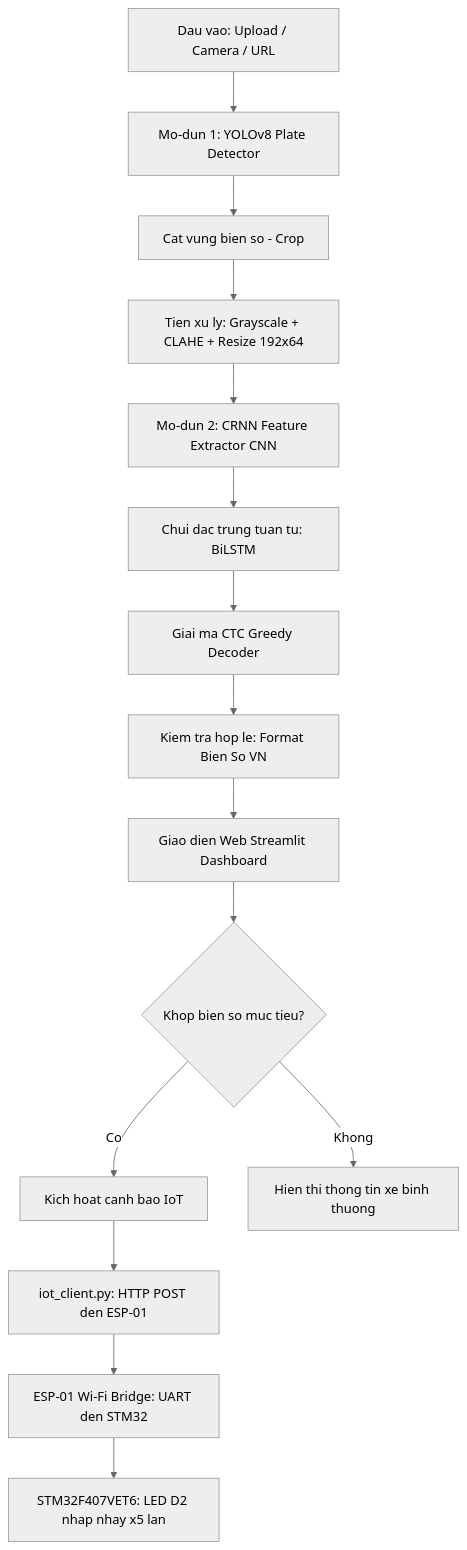
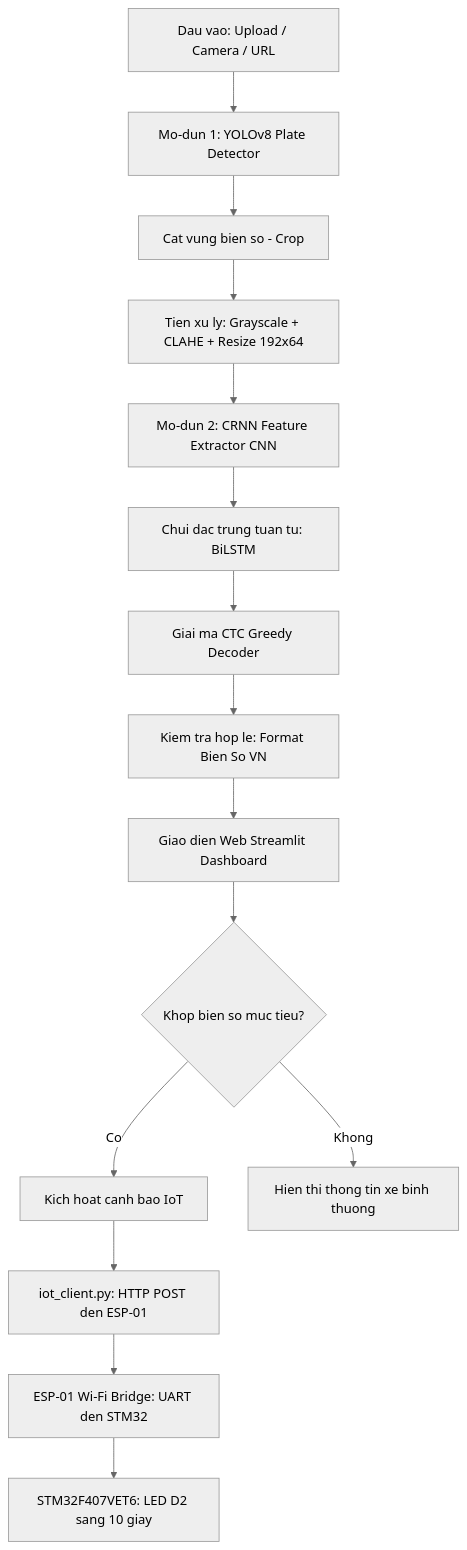
One commit to thang0989052585-del/DA_KY_523100182_He_Thong_Nhan_dien_bien_so_xe changed the first of 4 diagrams in README.md. Above: the diagram before and after it, drawn with Mermaid (neutral theme).

````diff
--- a/README.md
+++ b/README.md
@@ -25,17 +25,17 @@
 ```mermaid
 graph TD
     A["Dau vao: Upload / Camera / URL"] --> B["Mo-dun 1: YOLOv8 Plate Detector"]
     B --> C["Cat vung bien so - Crop"]
     C --> D["Tien xu ly: Grayscale + CLAHE + Resize 192x64"]
     D --> E["Mo-dun 2: CRNN Feature Extractor CNN"]
     E --> F["Chui dac trung tuan tu: BiLSTM"]
     F --> G["Giai ma CTC Greedy Decoder"]
     G --> H["Kiem tra hop le: Format Bien So VN"]
     H --> I["Giao dien Web Streamlit Dashboard"]
     I --> J{"Khop bien so muc tieu?"}
     J -- "Co" --> K["Kich hoat canh bao IoT"]
     J -- "Khong" --> L["Hien thi thong tin xe binh thuong"]
     K --> M["iot_client.py: HTTP POST den ESP-01"]
     M --> N["ESP-01 Wi-Fi Bridge: UART den STM32"]
-    N --> O["STM32F407VET6: LED D2 nhap nhay x5 lan"]
+    N --> O["STM32F407VET6: LED D2 sang 10 giay"]
 ```
````
